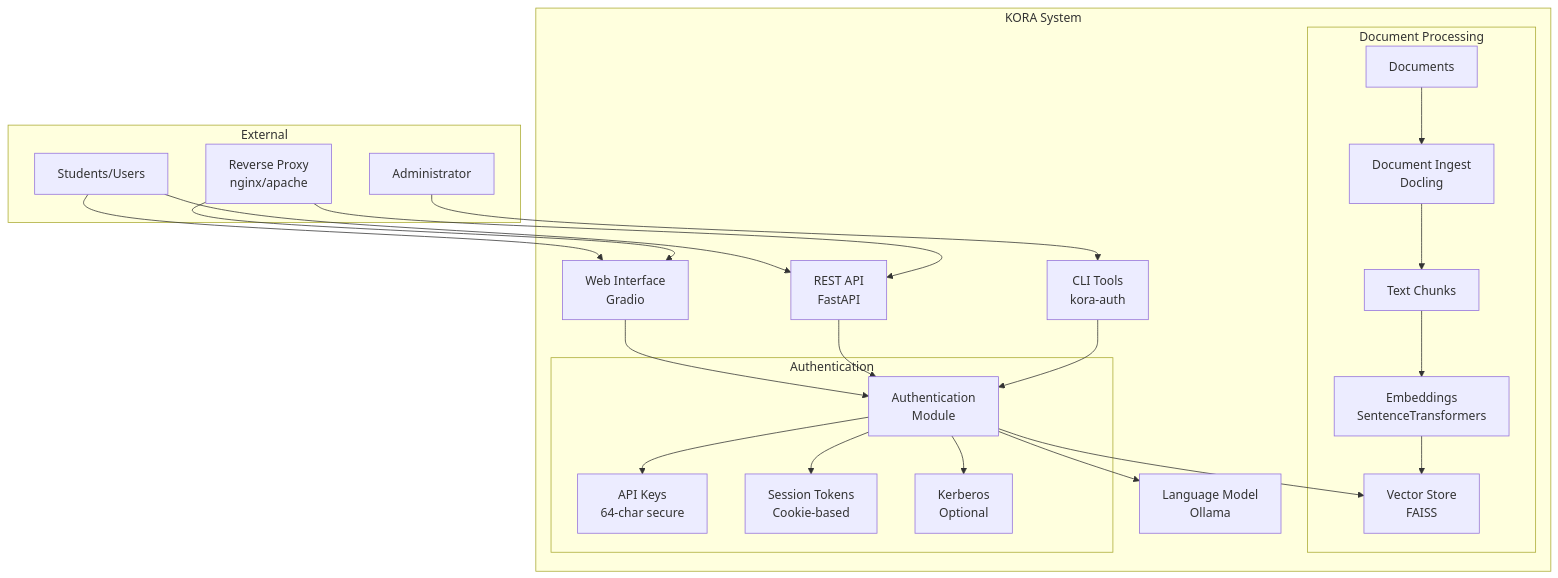
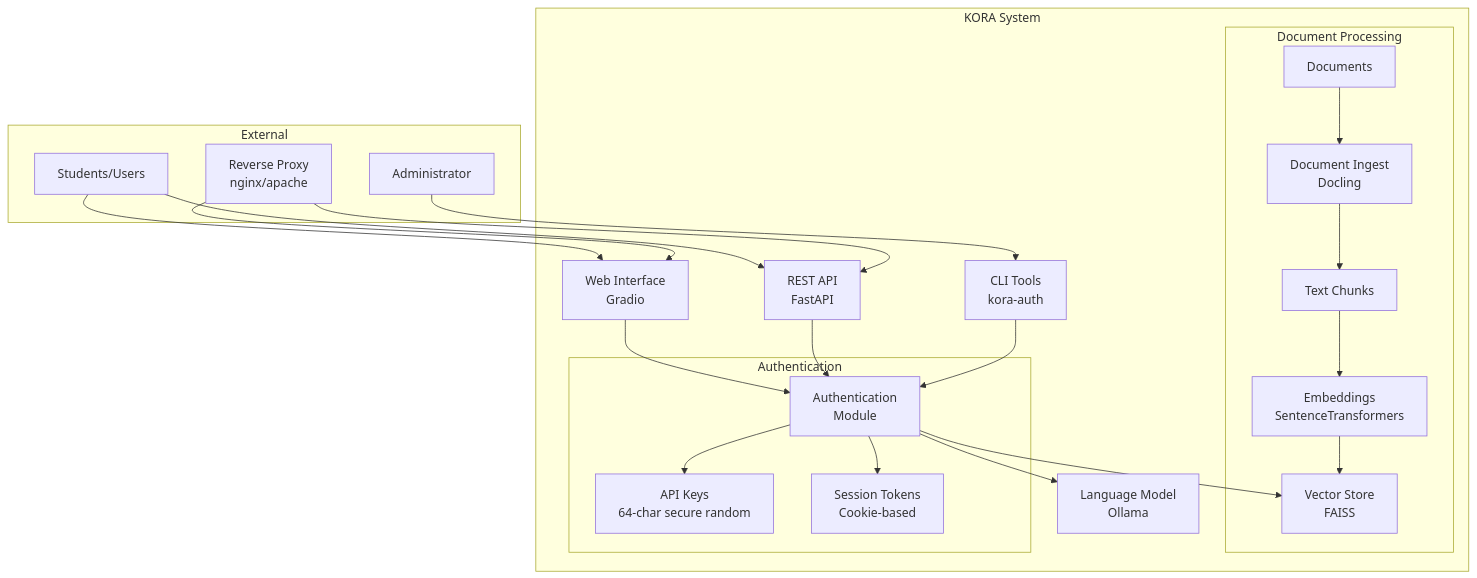
Before and after one commit to Fedele-AI/KORA: the first of 2 diagrams in README.md, drawn with Mermaid. The commit also changed other lines of this file and 7 other files, not shown here.

````diff
--- a/README.md
+++ b/README.md
@@ -17,32 +17,31 @@
 ```mermaid
 graph TB
     subgraph "KORA System"
         UI[Web Interface<br/>Gradio] --> Auth[Authentication<br/>Module]
         API[REST API<br/>FastAPI] --> Auth
         Auth --> Store[Vector Store<br/>FAISS]
         Auth --> LLM[Language Model<br/>Ollama]
         
         CLI[CLI Tools<br/>kora-auth] --> Auth
         
         subgraph "Document Processing"
             Docs[Documents] --> Ingest[Document Ingest<br/>Docling]
             Ingest --> Chunks[Text Chunks]
             Chunks --> Embed[Embeddings<br/>SentenceTransformers]
             Embed --> Store
         end
         
         subgraph "Authentication"
-            Auth --> Keys[API Keys<br/>64-char secure]
+            Auth --> Keys[API Keys<br/>64-char secure random]
             Auth --> Sessions[Session Tokens<br/>Cookie-based]
-            Auth --> Krb[Kerberos<br/>Optional]
         end
     end
     
     subgraph "External"
         Users[Students/Users] --> UI
         Users --> API
         Admin[Administrator] --> CLI
         Proxy[Reverse Proxy<br/>nginx/apache] --> UI
         Proxy --> API
     end
 ```
````
